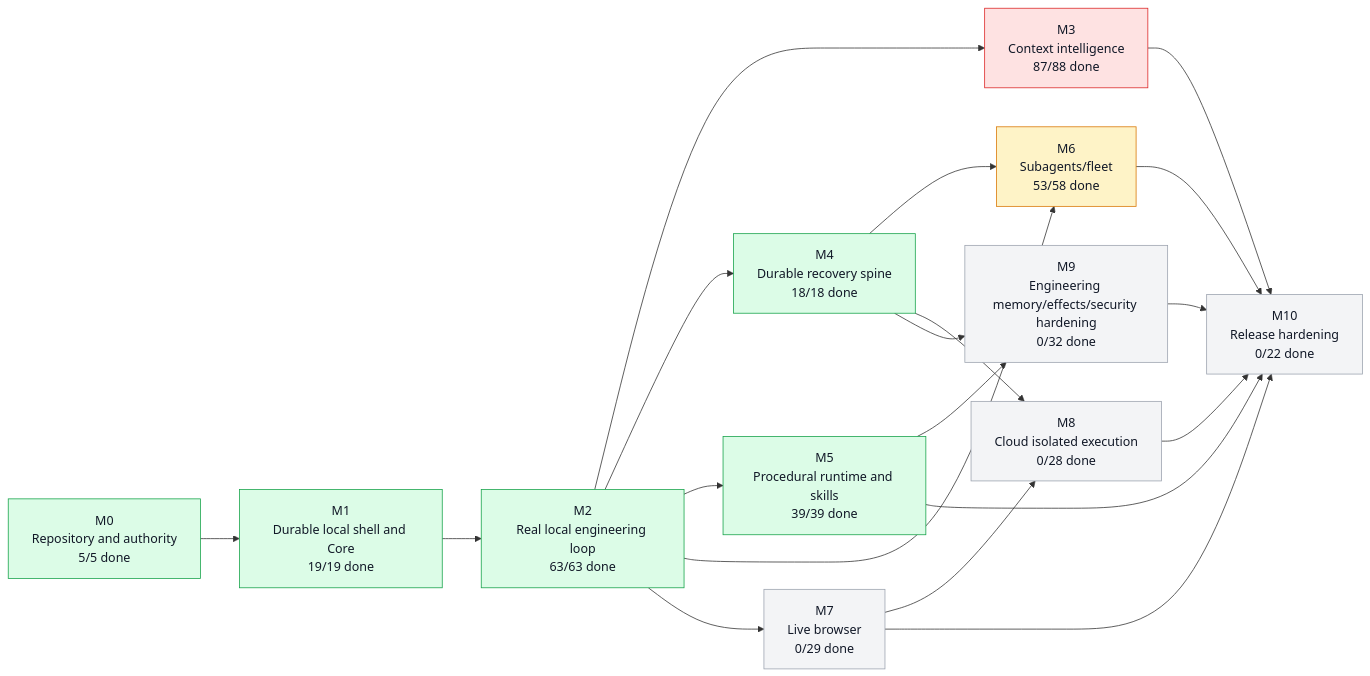
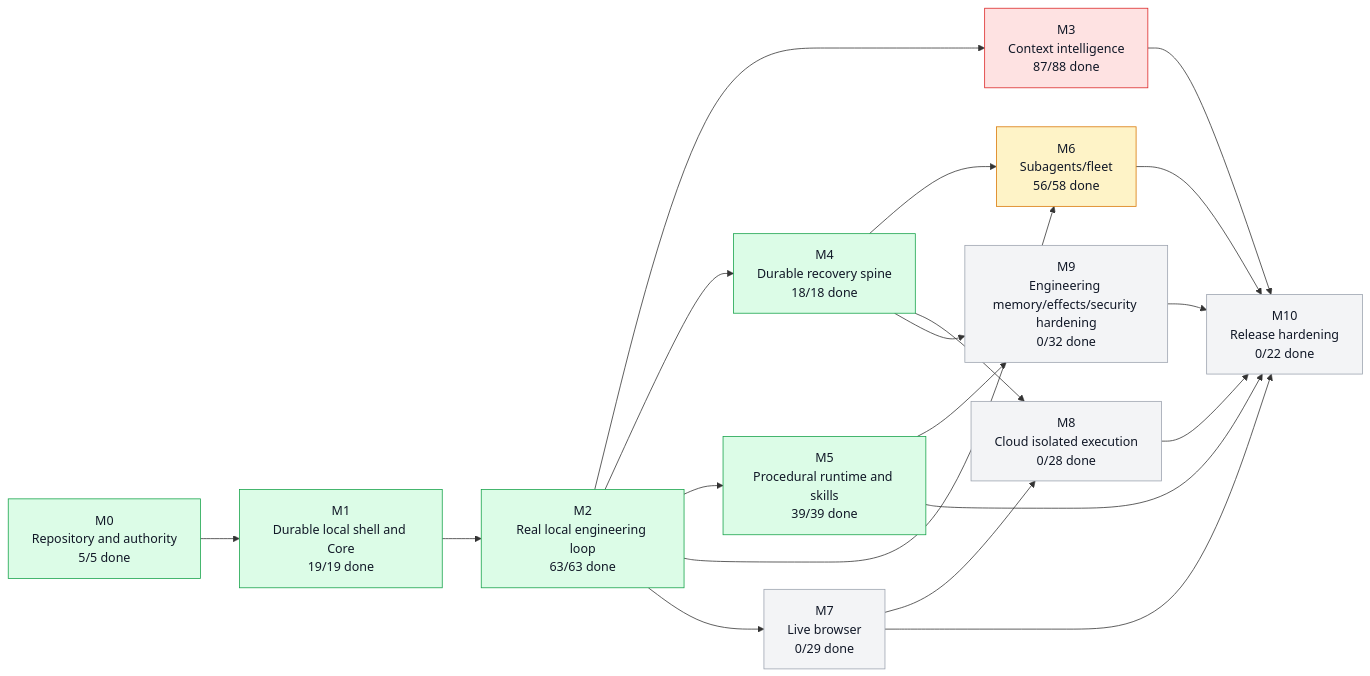
The first of 5 diagrams in graph/PROJECT_GRAPH.md (moss101/modbit), drawn with Mermaid before and after one commit. The commit also changed other lines of this file and 13 other files, not shown here.

````diff
--- a/graph/PROJECT_GRAPH.md
+++ b/graph/PROJECT_GRAPH.md
@@ -57,43 +57,43 @@
 ```mermaid
 flowchart LR
   M0["M0<br/>Repository and authority<br/>5/5 done"]
   M1["M1<br/>Durable local shell and Core<br/>19/19 done"]
   M2["M2<br/>Real local engineering loop<br/>63/63 done"]
   M3["M3<br/>Context intelligence<br/>87/88 done"]
   M4["M4<br/>Durable recovery spine<br/>18/18 done"]
   M5["M5<br/>Procedural runtime and skills<br/>39/39 done"]
-  M6["M6<br/>Subagents/fleet<br/>53/58 done"]
+  M6["M6<br/>Subagents/fleet<br/>56/58 done"]
   M7["M7<br/>Live browser<br/>0/29 done"]
   M8["M8<br/>Cloud isolated execution<br/>0/28 done"]
   M9["M9<br/>Engineering memory/effects/security hardening<br/>0/32 done"]
   M10["M10<br/>Release hardening<br/>0/22 done"]
   M0 --> M1
   M1 --> M2
   M2 --> M3
   M2 --> M4
   M2 --> M5
   M2 --> M6
   M4 --> M6
   M2 --> M7
   M4 --> M8
   M7 --> M8
   M4 --> M9
   M5 --> M9
   M3 --> M10
   M5 --> M10
   M6 --> M10
   M7 --> M10
   M8 --> M10
   M9 --> M10
   style M0 fill:#dcfce7,stroke:#16a34a,color:#111827
   style M1 fill:#dcfce7,stroke:#16a34a,color:#111827
   style M2 fill:#dcfce7,stroke:#16a34a,color:#111827
   style M3 fill:#fee2e2,stroke:#dc2626,color:#111827
   style M4 fill:#dcfce7,stroke:#16a34a,color:#111827
   style M5 fill:#dcfce7,stroke:#16a34a,color:#111827
   style M6 fill:#fef3c7,stroke:#d97706,color:#111827
   style M7 fill:#f3f4f6,stroke:#9ca3af,color:#111827
   style M8 fill:#f3f4f6,stroke:#9ca3af,color:#111827
   style M9 fill:#f3f4f6,stroke:#9ca3af,color:#111827
   style M10 fill:#f3f4f6,stroke:#9ca3af,color:#111827
 ```
````
